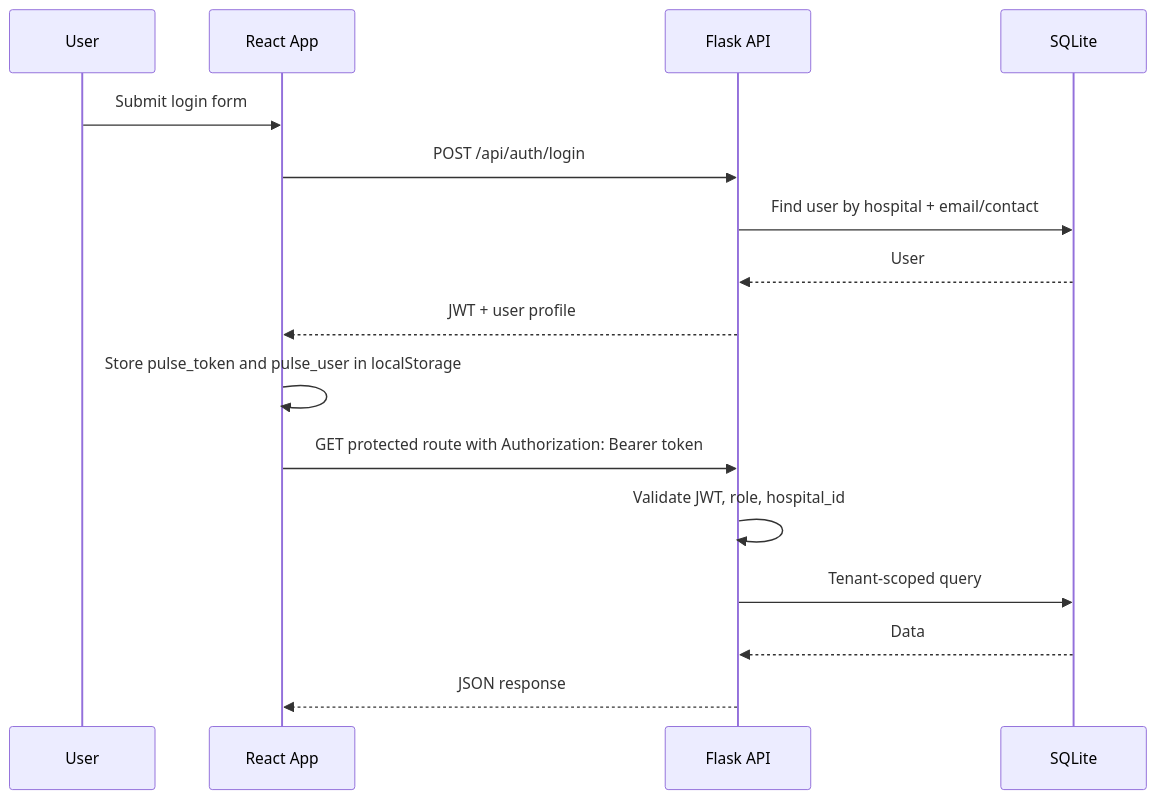
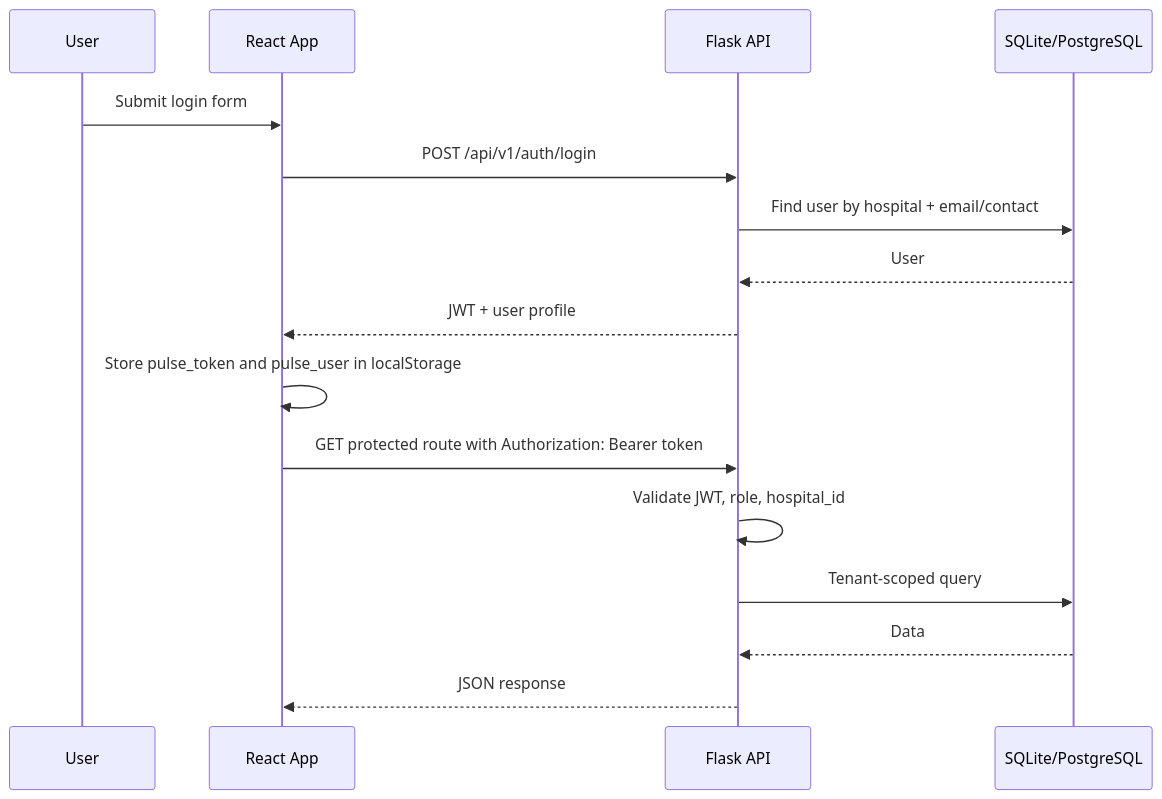
Before and after one commit to eklavyamathur9/pulse-hms-platform: the second of 10 diagrams in docs/architecture.md, drawn with Mermaid. The commit also changed other lines of this file and 10 other files, not shown here.

````diff
--- a/docs/architecture.md
+++ b/docs/architecture.md
@@ -157,19 +274,19 @@
 ```mermaid
 sequenceDiagram
   participant U as User
   participant FE as React App
   participant API as Flask API
-  participant DB as SQLite
+  participant DB as SQLite/PostgreSQL
 
   U->>FE: Submit login form
-  FE->>API: POST /api/auth/login
+  FE->>API: POST /api/v1/auth/login
   API->>DB: Find user by hospital + email/contact
   DB-->>API: User
   API-->>FE: JWT + user profile
   FE->>FE: Store pulse_token and pulse_user in localStorage
   FE->>API: GET protected route with Authorization: Bearer token
   API->>API: Validate JWT, role, hospital_id
   API->>DB: Tenant-scoped query
   DB-->>API: Data
   API-->>FE: JSON response
 ```
````
